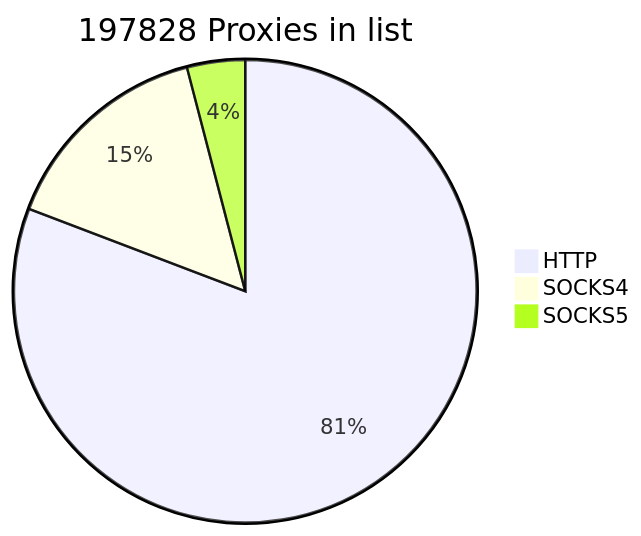
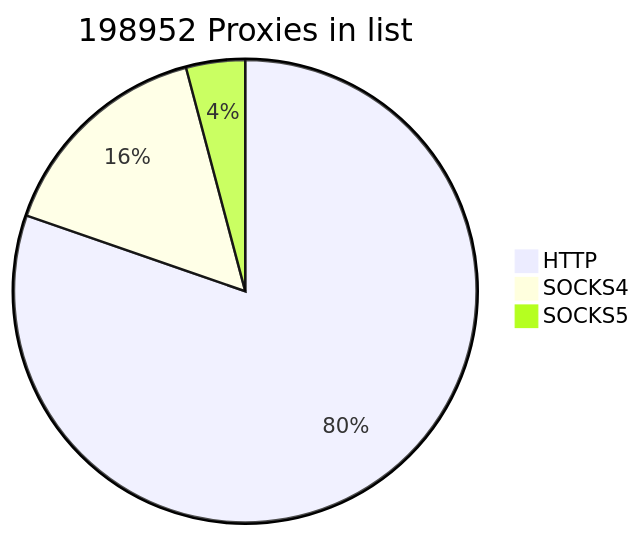
One commit to cutipu/proxylist changed the first of 2 diagrams in README.md. Above: the diagram before and after it, drawn with Mermaid. The commit also changed other lines of this file, not shown here.

````diff
--- a/README.md
+++ b/README.md
@@ -2,7 +2,7 @@
 ```mermaid
-pie title 197828 Proxies in list
-    "HTTP" : 159830
-    "SOCKS4" : 29976
-    "SOCKS5" : 8022
+pie title 198952 Proxies in list
+    "HTTP" : 159771
+    "SOCKS4" : 30981
+    "SOCKS5" : 8200
             
 ```
````
